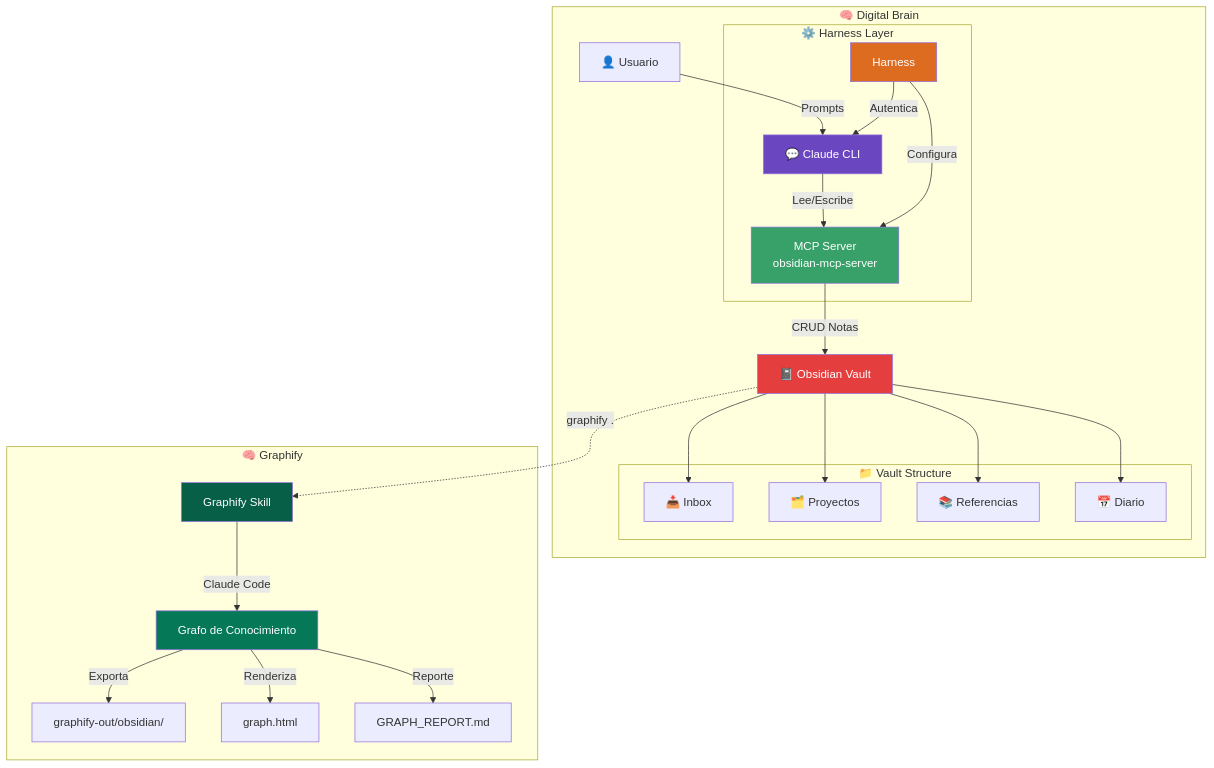
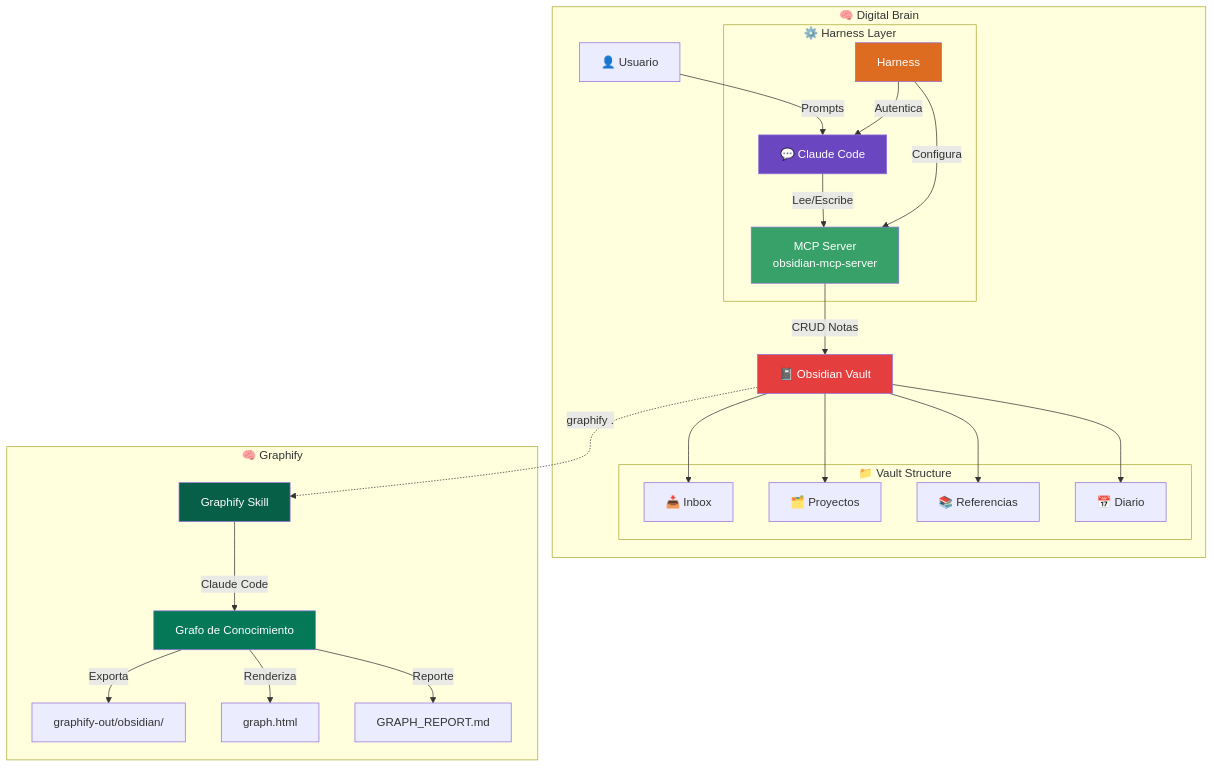
One commit to MrJuanLcm/digital-brain-documentation changed the diagram in docs/01-introduccion.md. Above: the diagram before and after it, drawn with Mermaid. The commit also changed other lines of this file and 11 other files, not shown here.

Commit message:
feat: rename Claude CLI to Claude Code across docs

````diff
--- a/docs/01-introduccion.md
+++ b/docs/01-introduccion.md
@@ -160,40 +160,40 @@
 ```mermaid
 graph TB
     subgraph "🧠 Digital Brain"
-        U[👤 Usuario] -->|Prompts| CC[💬 Claude CLI]
+        U[👤 Usuario] -->|Prompts| CC[💬 Claude Code]
         CC -->|Lee/Escribe| MCP[MCP Server<br/>obsidian-mcp-server]
         MCP -->|CRUD Notas| O[📓 Obsidian Vault]
         
         subgraph "⚙️ Harness Layer"
             H[Harness] -->|Configura| MCP
             H -->|Autentica| CC
         end
         
         subgraph "📁 Vault Structure"
             I[📥 Inbox]
             P[🗂️ Proyectos]
             R[📚 Referencias]
             D[📅 Diario]
         end
         
         O --> I
         O --> P
         O --> R
         O --> D
     end
     
     subgraph "🧠 Graphify"
         O -.->|graphify .| G[Graphify Skill]
         G -->|Claude Code| KG[Grafo de Conocimiento]
         KG -->|Exporta| OBS[graphify-out/obsidian/]
         KG -->|Renderiza| HTML[graph.html]
         KG -->|Reporte| RPT[GRAPH_REPORT.md]
     end
 
     style CC fill:#6B46C1,color:#fff
     style MCP fill:#38A169,color:#fff
     style O fill:#E53E3E,color:#fff
     style H fill:#DD6B20,color:#fff
     style G fill:#065F46,color:#fff
     style KG fill:#047857,color:#fff
 ```
````
